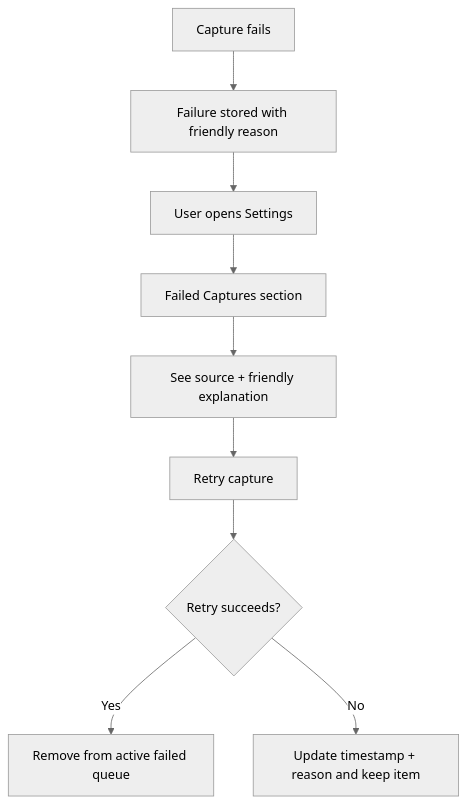
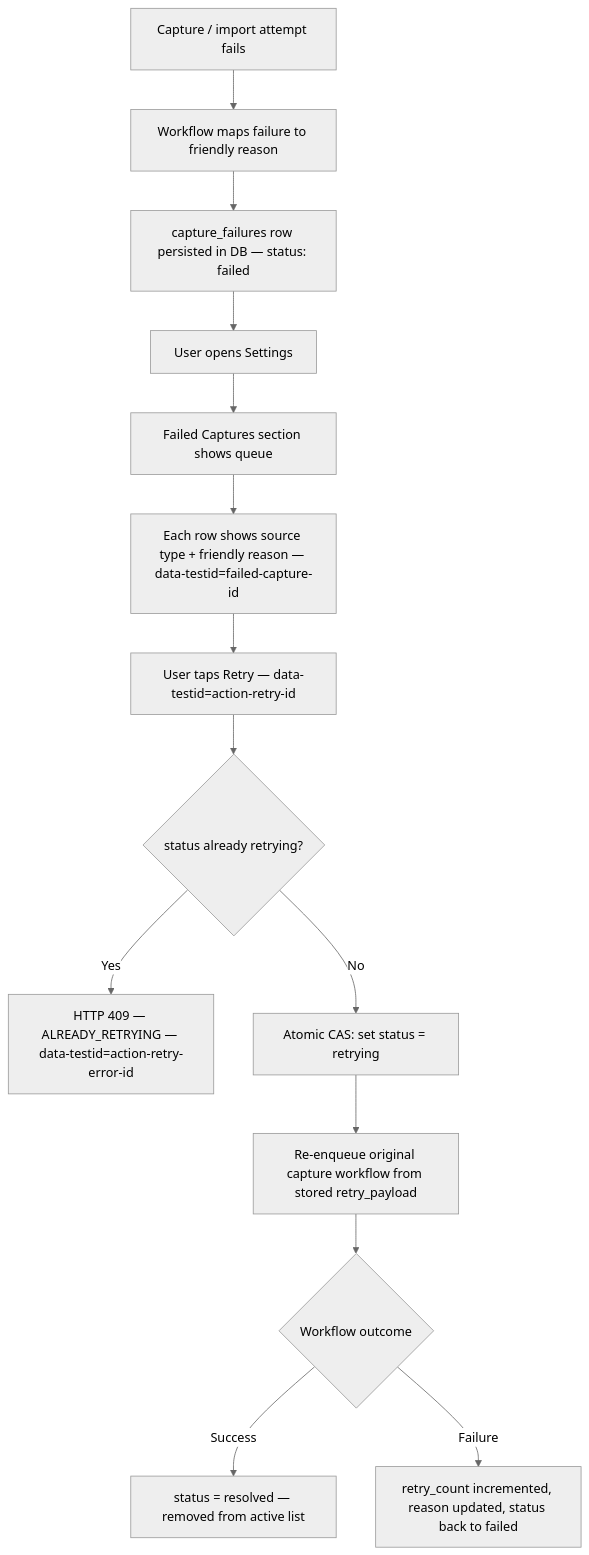
One commit to AlexandreBrisebois/whats-for-supper changed the fifth of 5 diagrams in docs/flows/user-flows/recipe-search-and-library-recovery.md. Above: the diagram before and after it, drawn with Mermaid (neutral theme). The commit also changed other lines of this file and 14 other files, not shown here.

````diff
--- a/docs/flows/user-flows/recipe-search-and-library-recovery.md
+++ b/docs/flows/user-flows/recipe-search-and-library-recovery.md
@@ -168,11 +225,16 @@
 ```mermaid
 flowchart TD
-    A[Capture fails] --> B[Failure stored with friendly reason]
-    B --> C[User opens Settings]
-    C --> D[Failed Captures section]
-    D --> E[See source + friendly explanation]
-    E --> F[Retry capture]
-    F --> G{Retry succeeds?}
-    G -->|Yes| H[Remove from active failed queue]
-    G -->|No| I[Update timestamp + reason and keep item]
+    A[Capture / import attempt fails] --> B[Workflow maps failure to friendly reason]
+    B --> C[capture_failures row persisted in DB — status: failed]
+    C --> D[User opens Settings]
+    D --> E[Failed Captures section shows queue]
+    E --> F[Each row shows source type + friendly reason — data-testid=failed-capture-id]
+    F --> G[User taps Retry — data-testid=action-retry-id]
+    G --> H{status already retrying?}
+    H -->|Yes| I[HTTP 409 — ALREADY_RETRYING — data-testid=action-retry-error-id]
+    H -->|No| J[Atomic CAS: set status = retrying]
+    J --> K[Re-enqueue original capture workflow from stored retry_payload]
+    K --> L{Workflow outcome}
+    L -->|Success| M[status = resolved — removed from active list]
+    L -->|Failure| N[retry_count incremented, reason updated, status back to failed]
 ```
````
